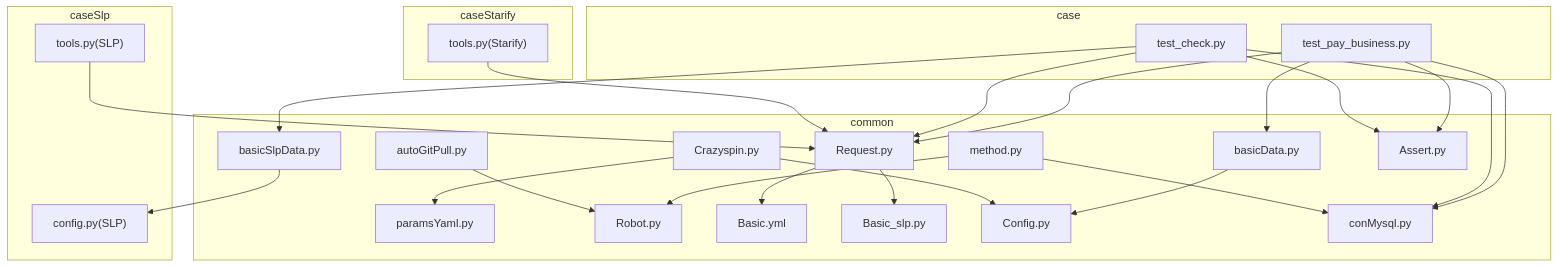
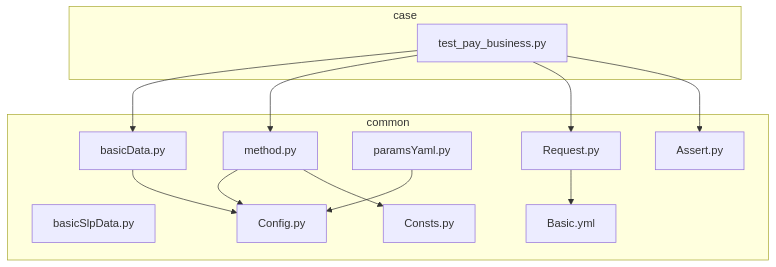
Before and after one commit to liximing1-ola/qa-payTest: the first of 5 diagrams in .qoder/repowiki/zh/content/核心模块/工具方法模块.md, drawn with Mermaid. The commit also changed other lines of this file and 13 other files, not shown here.

````diff
--- a/.qoder/repowiki/zh/content/核心模块/工具方法模块.md
+++ b/.qoder/repowiki/zh/content/核心模块/工具方法模块.md
@@ -77,48 +62,26 @@
 ```mermaid
 graph TB
 subgraph "common"
 BD["basicData.py"]
 BSD["basicSlpData.py"]
 M["method.py"]
-CS["Crazyspin.py"]
 PY["paramsYaml.py"]
-R["Robot.py"]
-AGP["autoGitPull.py"]
+CFG["Config.py"]
 BYML["Basic.yml"]
-BSLP["Basic_slp.py"]
-CFG["Config.py"]
-CM["conMysql.py"]
 REQ["Request.py"]
 AS["Assert.py"]
-end
-subgraph "caseSlp"
-CST["tools.py(SLP)"]
-CSCFG["config.py(SLP)"]
-end
-subgraph "caseStarify"
-CST2["tools.py(Starify)"]
+CS["Consts.py"]
 end
 subgraph "case"
 TPB["test_pay_business.py"]
-TSC["test_check.py"]
 end
 TPB --> BD
-TPB --> CM
+TPB --> M
 TPB --> REQ
 TPB --> AS
-TSC --> BSD
-TSC --> CM
-TSC --> REQ
-TSC --> AS
 BD --> CFG
-BSD --> CSCFG
 REQ --> BYML
-REQ --> BSLP
-M --> CM
-M --> R
-AGP --> R
-CST --> REQ
-CST2 --> REQ
-CS --> CFG
-CS --> PY
+M --> CFG
+M --> CS
+PY --> CFG
 ```
````
